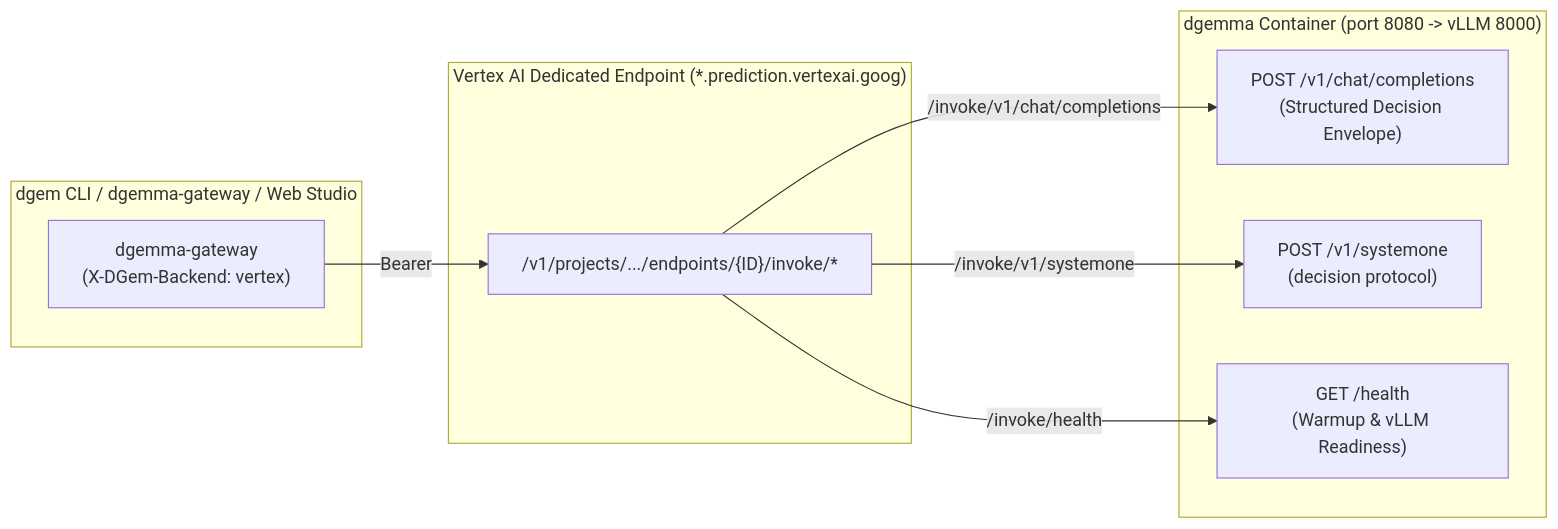
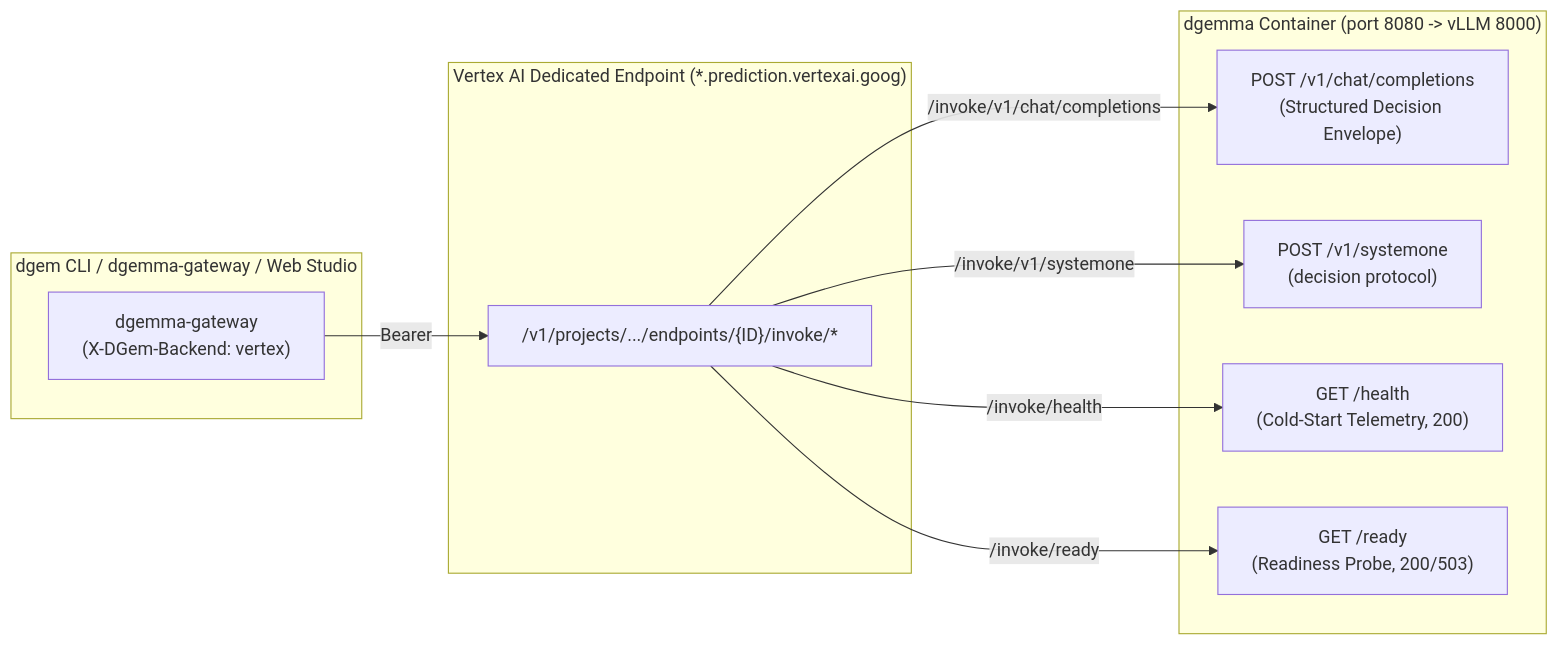
The diagram in docs/reference/vertex-vs-cloud-run.md (GoogleCloudPlatform/dgem), drawn with Mermaid before and after one commit. The commit also changed other lines of this file and 17 other files, not shown here.

Commit message:
fix(serving): add /ready readiness probe route for Vertex and Cloud Run

````diff
--- a/docs/reference/vertex-vs-cloud-run.md
+++ b/docs/reference/vertex-vs-cloud-run.md
@@ -28,21 +29,23 @@
 ```mermaid
 flowchart LR
   subgraph Client["dgem CLI / dgemma-gateway / Web Studio"]
     GW["dgemma-gateway\n(X-DGem-Backend: vertex)"]
   end
 
   subgraph Vertex["Vertex AI Dedicated Endpoint (*.prediction.vertexai.goog)"]
     INV["/v1/projects/.../endpoints/{ID}/invoke/*"]
   end
 
   subgraph Container["dgemma Container (port 8080 -> vLLM 8000)"]
     R1["POST /v1/chat/completions\n(Structured Decision Envelope)"]
     R3["POST /v1/systemone\n(decision protocol)"]
-    R4["GET /health\n(Warmup & vLLM Readiness)"]
+    R4["GET /health\n(Cold-Start Telemetry, 200)"]
+    R5["GET /ready\n(Readiness Probe, 200/503)"]
   end
 
   GW -->|"Bearer <OAuth2 cloud-platform>"| INV
   INV -->|"/invoke/v1/chat/completions"| R1
   INV -->|"/invoke/v1/systemone"| R3
   INV -->|"/invoke/health"| R4
+  INV -->|"/invoke/ready"| R5
 ```
````
